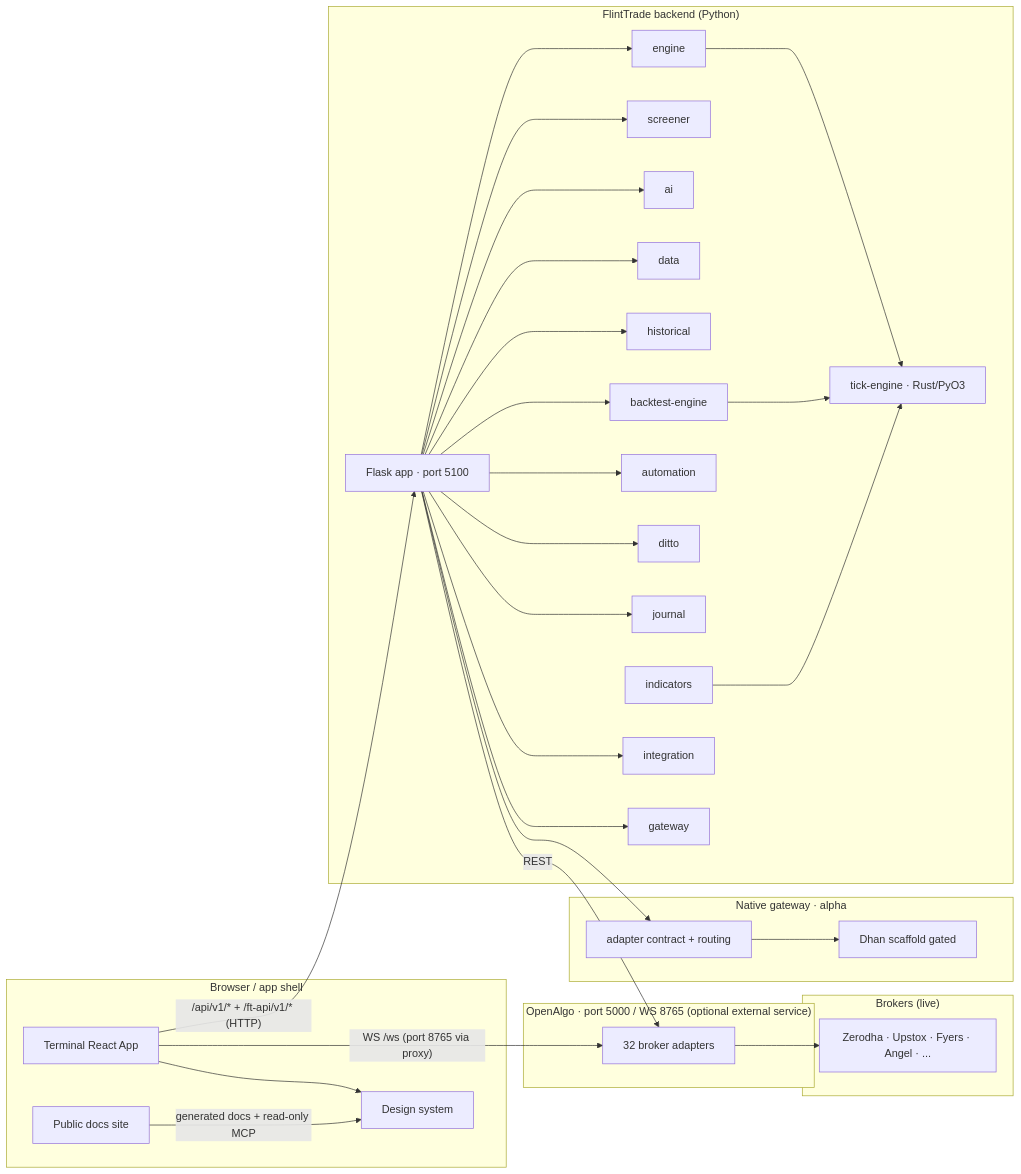
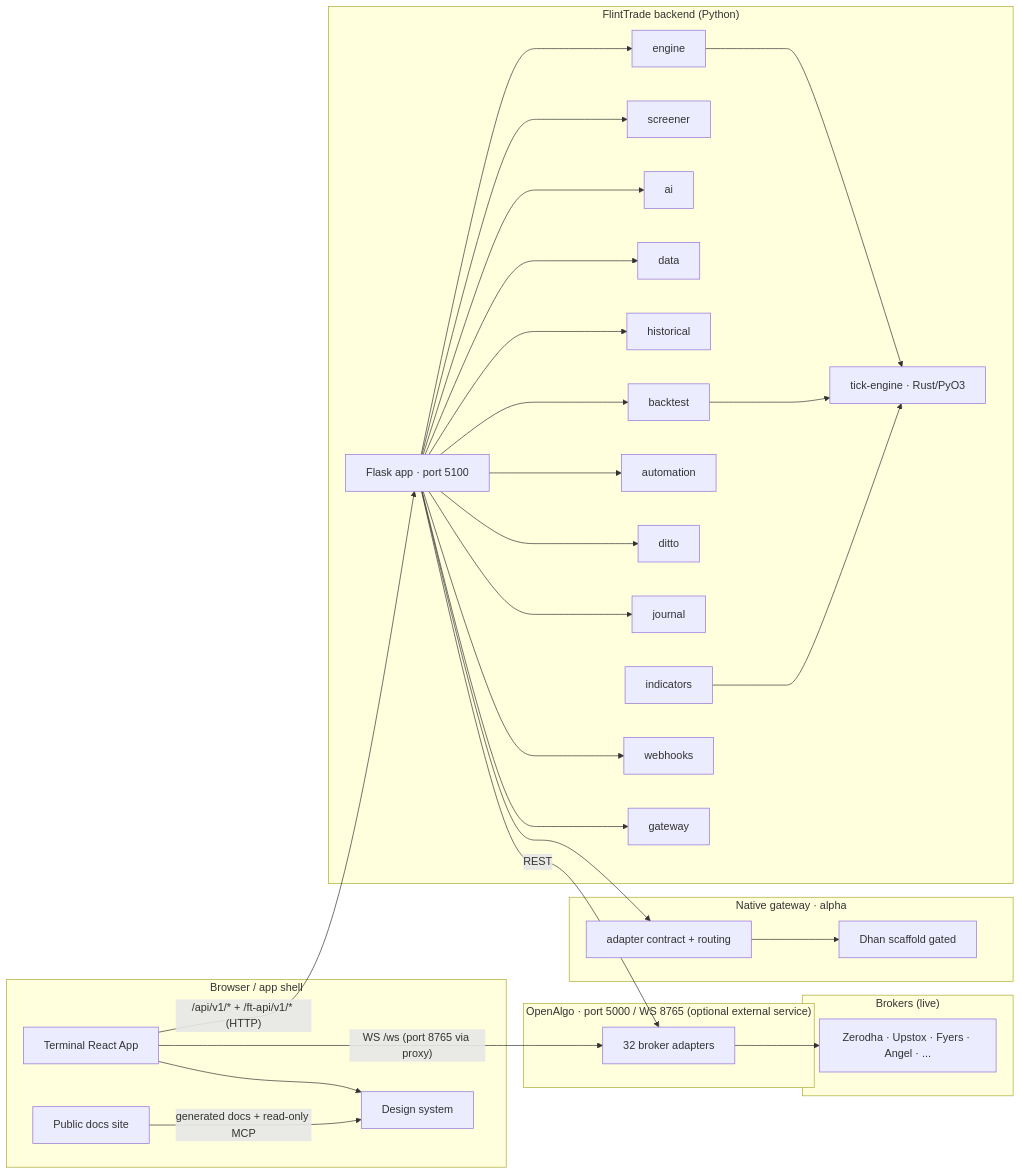
The first of 5 diagrams in docs/ARCHITECTURE.md (navaneeshnagarajan/FlintTrade), drawn with Mermaid before and after one commit. The commit also changed other lines of this file and 71 other files, not shown here.

````diff
--- a/docs/ARCHITECTURE.md
+++ b/docs/ARCHITECTURE.md
@@ -16,61 +16,61 @@
 ```mermaid
 flowchart LR
     subgraph Browser["Browser / app shell"]
         T[Terminal React App]
         SITE[Public docs site]
         DS[Design system]
     end
 
     subgraph Backend["FlintTrade backend (Python)"]
         F[Flask app · port 5100]
         E[engine]
         S[screener]
         AI[ai]
         D[data]
         H[historical]
-        BT[backtest-engine]
+        BT[backtest]
         AUT[automation]
         DIT[ditto]
         JNL[journal]
         IND[indicators]
-        ING[integration]
+        ING[webhooks]
         GW[gateway]
         TICK[tick-engine · Rust/PyO3]
     end
 
     subgraph NativeGateway["Native gateway · alpha"]
         NGA[adapter contract + routing]
         DHAN[Dhan scaffold gated]
     end
 
     subgraph OpenAlgo["OpenAlgo · port 5000 / WS 8765 (optional external service)"]
         OA[32 broker adapters]
     end
 
     subgraph Brokers["Brokers (live)"]
         B1[Zerodha · Upstox · Fyers · Angel · ...]
     end
 
     T -- "/api/v1/* + /ft-api/v1/* (HTTP)" --> F
     T -- "WS /ws (port 8765 via proxy)" --> OA
     SITE -- "generated docs + read-only MCP" --> DS
     T --> DS
     F --> E
     F --> S
     F --> AI
     F --> D
     F --> H
     F --> BT
     F --> AUT
     F --> DIT
     F --> JNL
     F --> ING
     F --> GW
     E --> TICK
     BT --> TICK
     IND --> TICK
     F --> NGA
     NGA --> DHAN
     F -- "REST" --> OA
     OA --> B1
 ```
````
